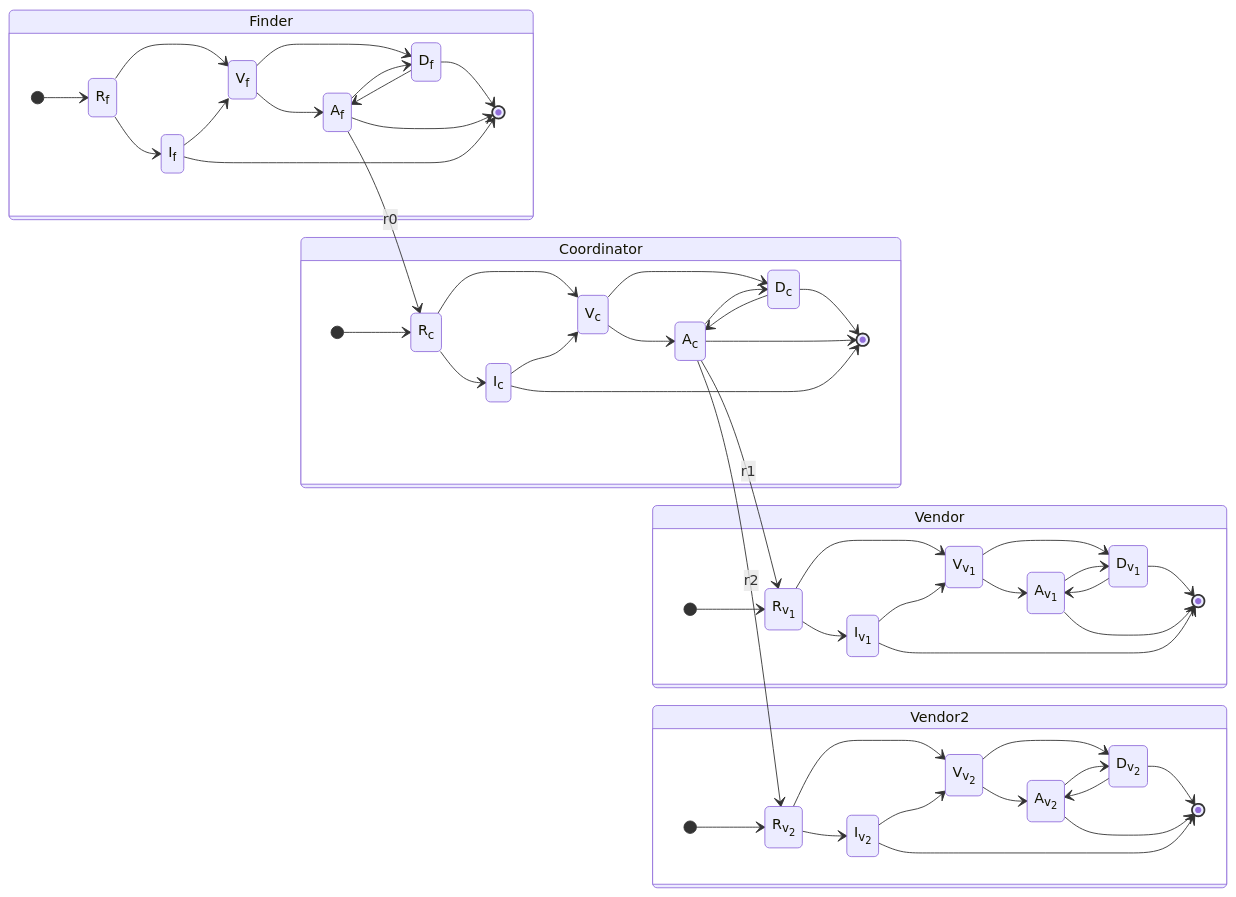
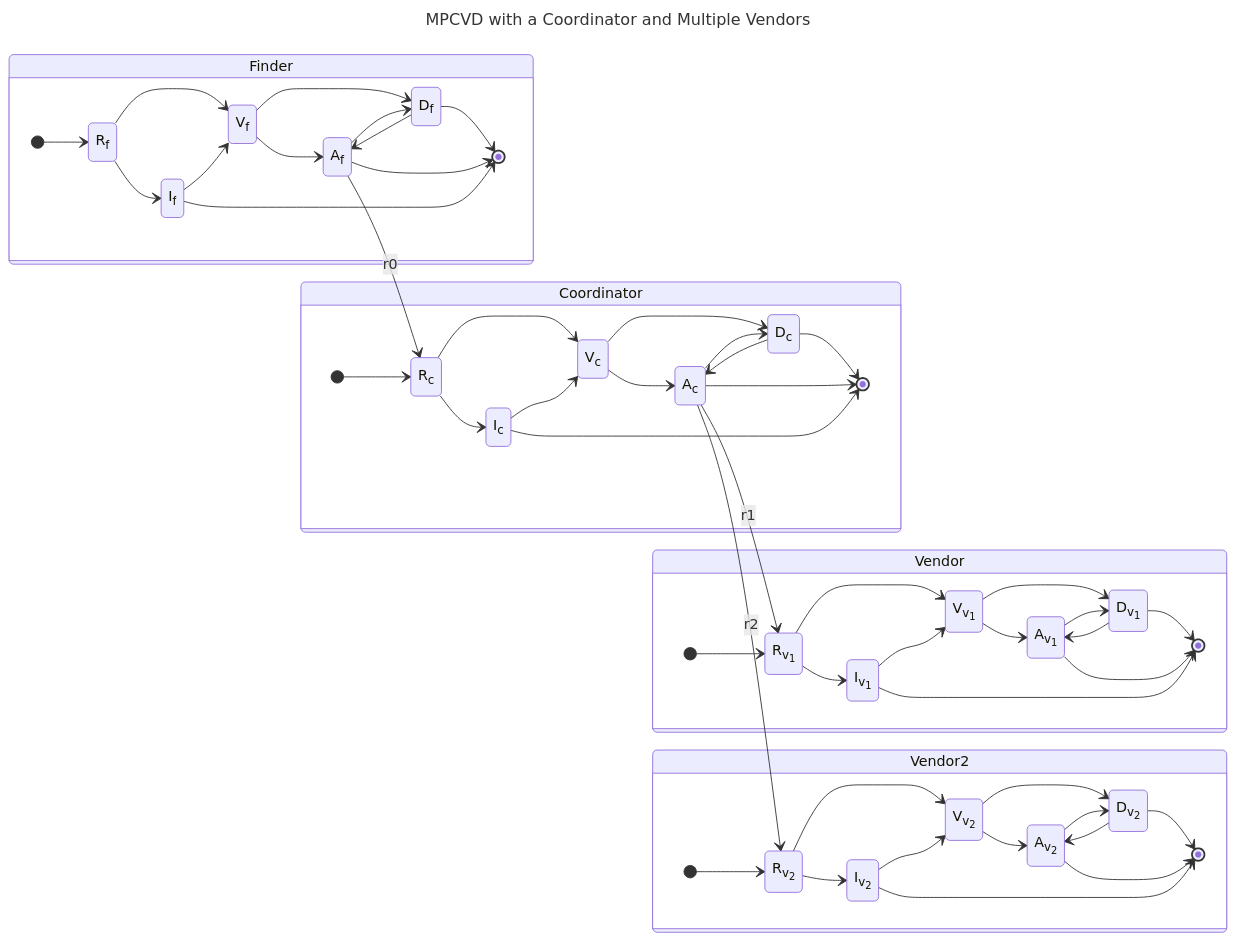
One commit to CERTCC/Vultron changed the fourth of 8 diagrams in docs/process_models/rm/rm_interactions.md. Above: the diagram before and after it, drawn with Mermaid. The commit also changed other lines of this file and 4 other files, not shown here.

Commit message:
add some diagram titles

````diff
--- a/docs/process_models/rm/rm_interactions.md
+++ b/docs/process_models/rm/rm_interactions.md
@@ -232,4 +241,7 @@
 ```mermaid
+---
+title: MPCVD with a Coordinator and Multiple Vendors
+---
 stateDiagram-v2
     direction LR
     state Finder {
````
